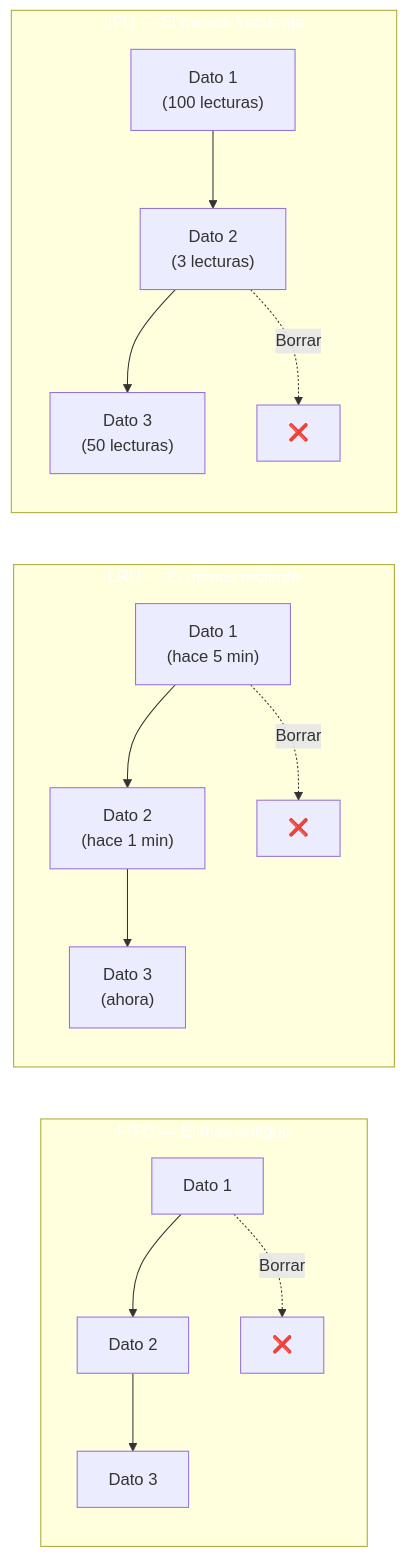
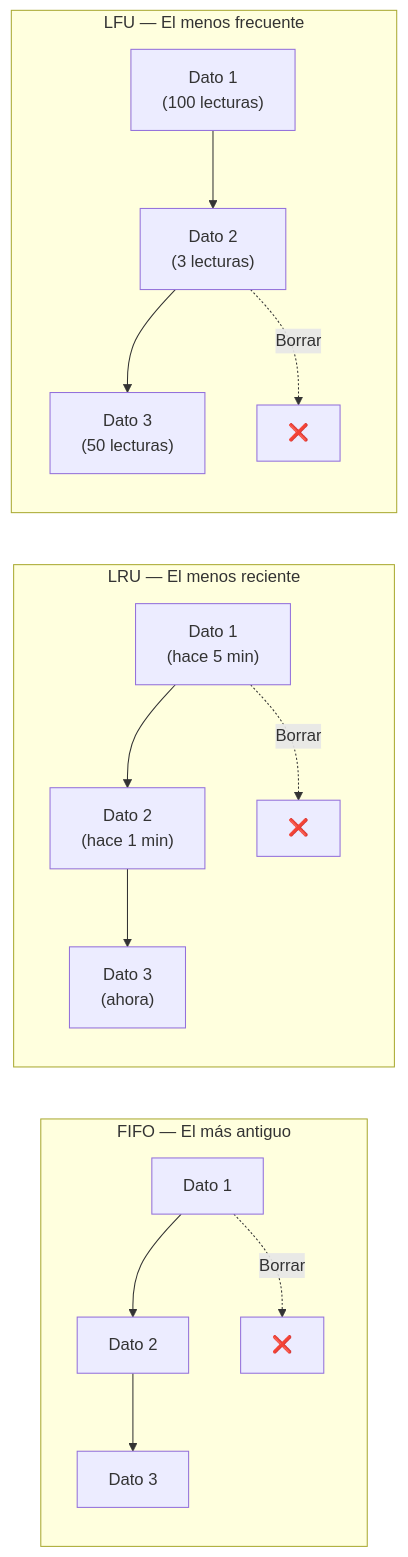
One commit to joseluisgs/DesarrolloWebEntornosServidor-01-2026-2027 changed the second of 14 diagrams in 21-sql-nosql.md. Above: the diagram before and after it, drawn with Mermaid. The commit also changed other lines of this file and 15 other files, not shown here.

Commit message:
docs: quitar el relleno a los subgraf de los diagramas y corregir comillas y rayas sueltas

````diff
--- a/21-sql-nosql.md
+++ b/21-sql-nosql.md
@@ -833,21 +833,18 @@
 ```mermaid
 graph LR
     subgraph FIFO["FIFO — El más antiguo"]
         A1["Dato 1"] --> A2["Dato 2"] --> A3["Dato 3"]
         A1 -.->|"Borrar"| X1["❌"]
     end
 
     subgraph LRU["LRU — El menos reciente"]
         B1["Dato 1<br/>(hace 5 min)"] --> B2["Dato 2<br/>(hace 1 min)"] --> B3["Dato 3<br/>(ahora)"]
         B1 -.->|"Borrar"| X2["❌"]
     end
 
     subgraph LFU["LFU — El menos frecuente"]
         C1["Dato 1<br/>(100 lecturas)"] --> C2["Dato 2<br/>(3 lecturas)"] --> C3["Dato 3<br/>(50 lecturas)"]
         C2 -.->|"Borrar"| X3["❌"]
     end
 
-    style FIFO fill:#2196F,color:#fff3,color:#fff
-    style LRU fill:#4CAF5,color:#fff0,color:#fff
-    style LFU fill:#FF980,color:#fff0,color:#fff
 ```
````
